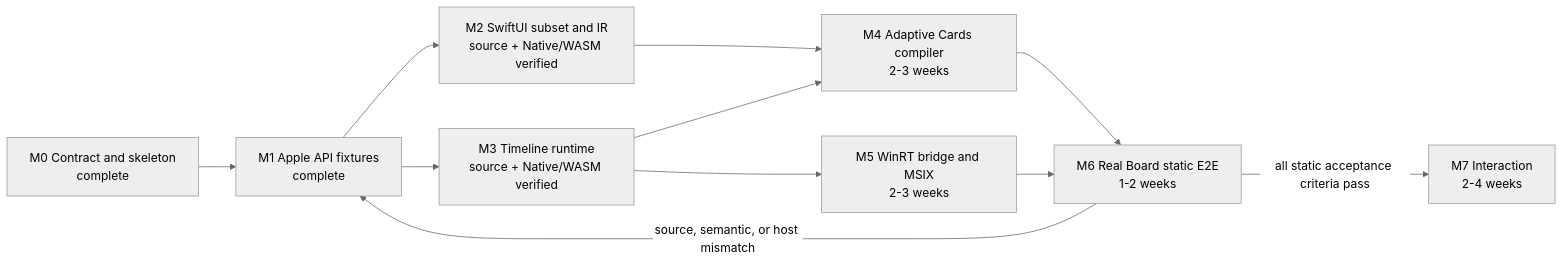
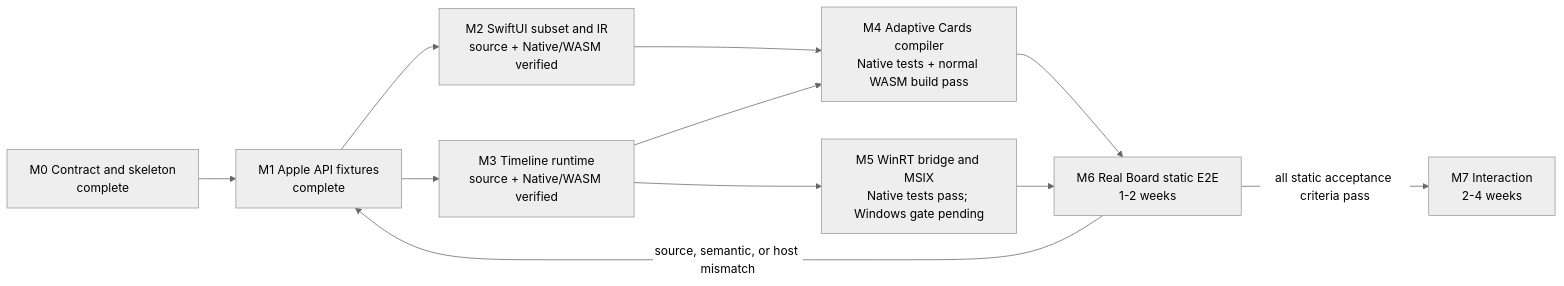
Before and after one commit to 1amageek/OpenWidgetKit: the diagram in IMPLEMENTATION_PROGRESS.md, drawn with Mermaid (neutral theme). The commit also changed other lines of this file and 47 other files, not shown here.

Commit message:
Implement Adaptive Cards and Windows widget provider

````diff
--- a/IMPLEMENTATION_PROGRESS.md
+++ b/IMPLEMENTATION_PROGRESS.md
@@ -46,22 +53,22 @@
 ```mermaid
 flowchart LR
     M0["M0 Contract and skeleton<br/>complete"]
     M1["M1 Apple API fixtures<br/>complete"]
     M2["M2 SwiftUI subset and IR<br/>source + Native/WASM verified"]
     M3["M3 Timeline runtime<br/>source + Native/WASM verified"]
-    M4["M4 Adaptive Cards compiler<br/>2-3 weeks"]
-    M5["M5 WinRT bridge and MSIX<br/>2-3 weeks"]
+    M4["M4 Adaptive Cards compiler<br/>Native tests + normal WASM build pass"]
+    M5["M5 WinRT bridge and MSIX<br/>Native tests pass; Windows gate pending"]
     M6["M6 Real Board static E2E<br/>1-2 weeks"]
     M7["M7 Interaction<br/>2-4 weeks"]
 
     M0 --> M1
     M1 --> M2
     M1 --> M3
     M2 --> M4
     M3 --> M4
     M3 --> M5
     M4 --> M6
     M5 --> M6
     M6 -->|source, semantic, or host mismatch| M1
     M6 -->|all static acceptance criteria pass| M7
 ```
````
